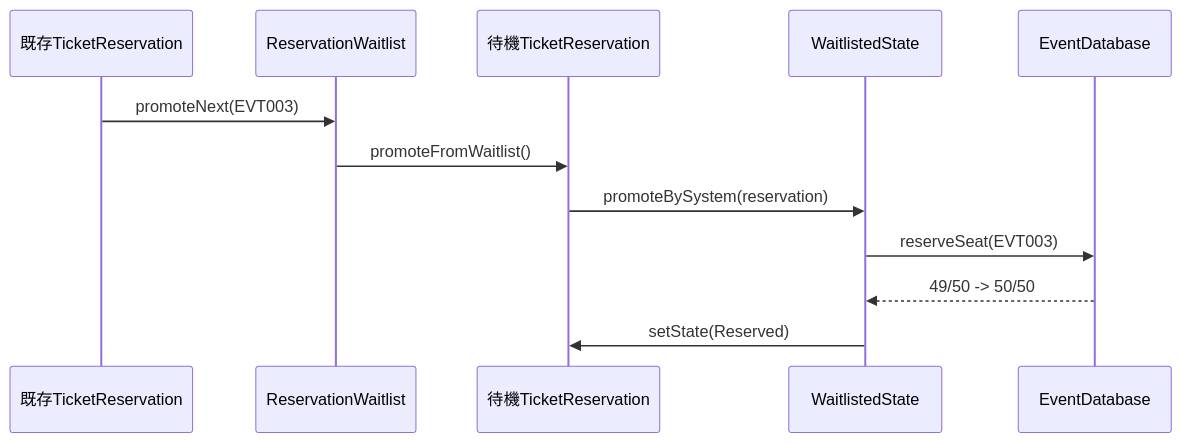
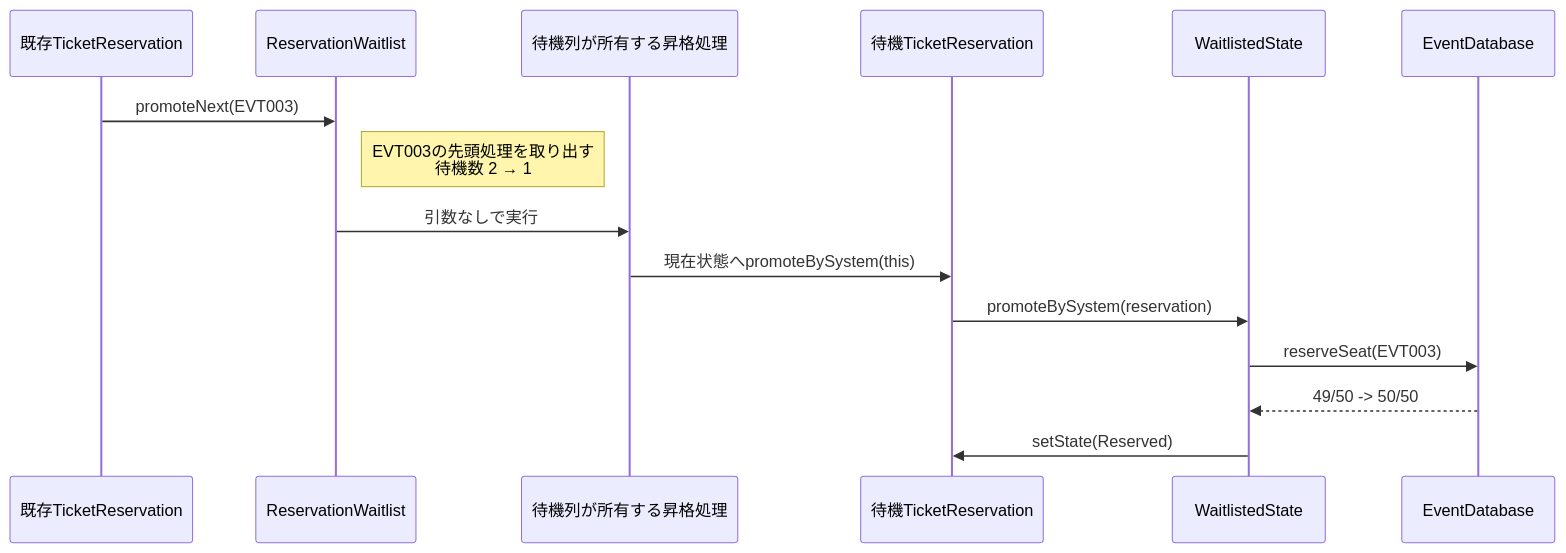
Before and after one commit to kumachan1101-pixel/DesignPattern: diagram 24 of 26 in kindle/design-patterns/books/volume01-core-patterns/output/04-chapter02.md, drawn with Mermaid. The commit also changed other lines of this file and 19 other files, not shown here.

````diff
--- a/kindle/design-patterns/books/volume01-core-patterns/output/04-chapter02.md
+++ b/kindle/design-patterns/books/volume01-core-patterns/output/04-chapter02.md
@@ -2162,15 +2121,18 @@
 ```mermaid
 sequenceDiagram
     participant C as 既存TicketReservation
     participant WQ as ReservationWaitlist
+    participant P as 待機列が所有する昇格処理
     participant W as 待機TicketReservation
     participant WS as WaitlistedState
     participant DB as EventDatabase
 
     C->>WQ: promoteNext(EVT003)
-    WQ->>W: promoteFromWaitlist()
+    Note right of WQ: EVT003の先頭処理を取り出す<br>待機数 2 → 1
+    WQ->>P: 引数なしで実行
+    P->>W: 現在状態へpromoteBySystem(this)
     W->>WS: promoteBySystem(reservation)
     WS->>DB: reserveSeat(EVT003)
     DB-->>WS: 49/50 -> 50/50
     WS->>W: setState(Reserved)
 ```
````
